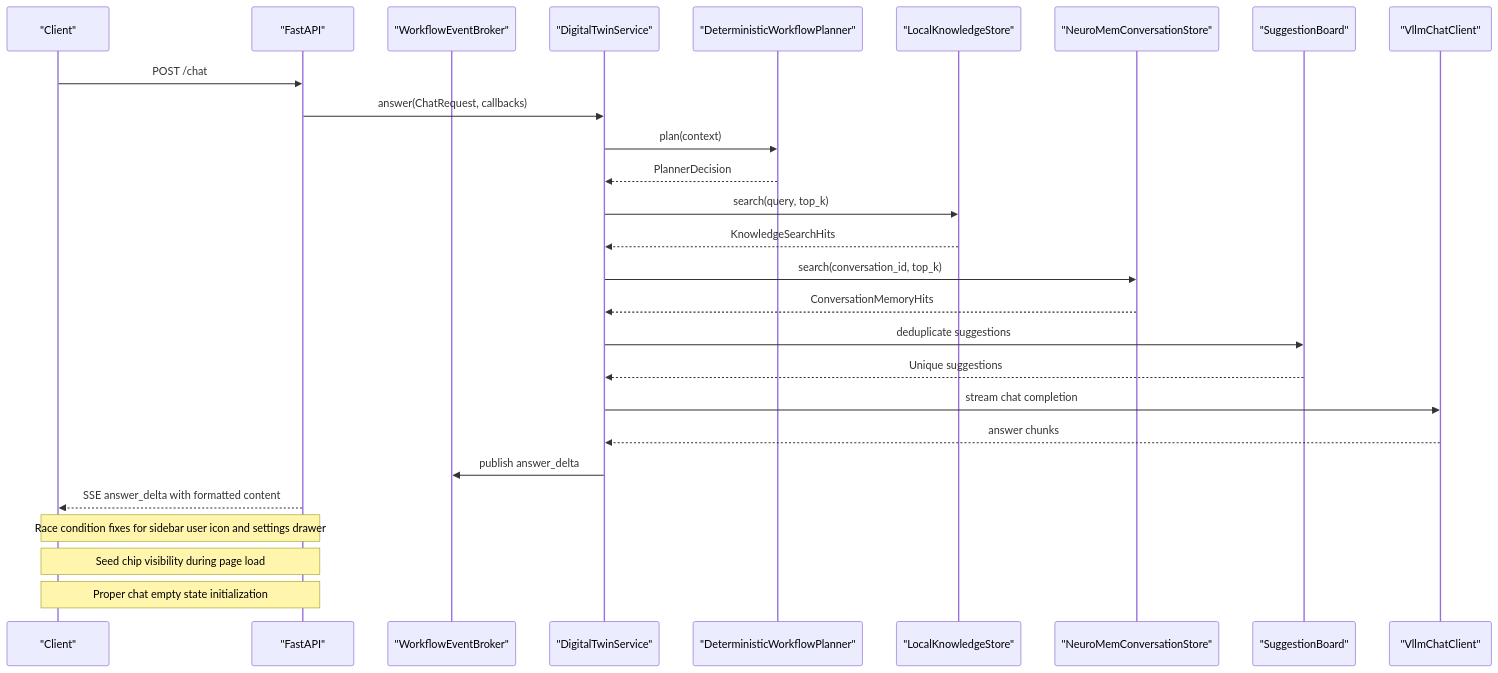
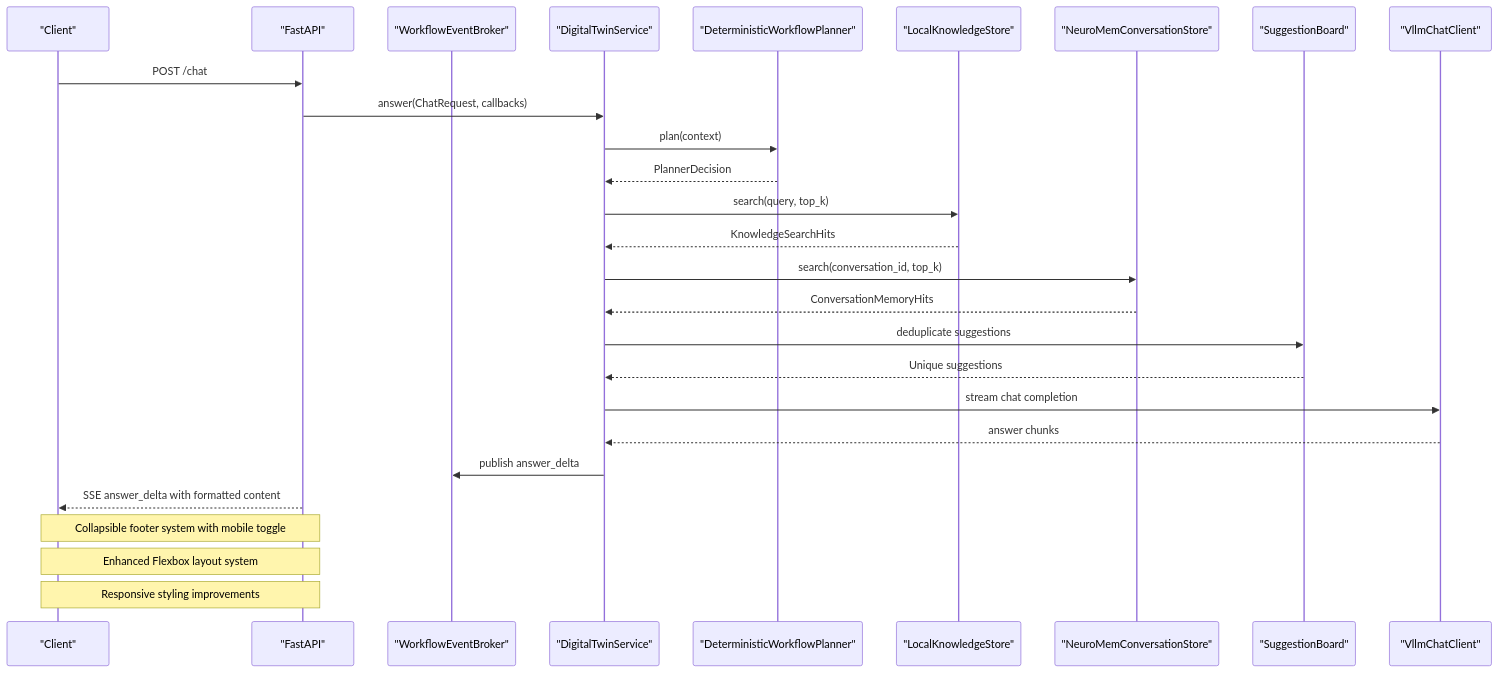
One commit to intellistream/sage-mate changed the second of 10 diagrams in .qoder/repowiki/en/content/Core Components/Core Components.md. Above: the diagram before and after it, drawn with Mermaid. The commit also changed other lines of this file and 34 other files, not shown here.

First line of the commit message:
refactor(ui): remove redundant settings gear from sidebar

````diff
--- a/.qoder/repowiki/en/content/Core Components/Core Components.md
+++ b/.qoder/repowiki/en/content/Core Components/Core Components.md
@@ -197,29 +206,29 @@
 ```mermaid
 sequenceDiagram
 participant Client as "Client"
 participant API as "FastAPI"
 participant Broker as "WorkflowEventBroker"
 participant Svc as "DigitalTwinService"
 participant Planner as "DeterministicWorkflowPlanner"
 participant KB as "LocalKnowledgeStore"
 participant Mem as "NeuroMemConversationStore"
 participant Suggestions as "SuggestionBoard"
 participant LLM as "VllmChatClient"
 Client->>API : POST /chat
 API->>Svc : answer(ChatRequest, callbacks)
 Svc->>Planner : plan(context)
 Planner-->>Svc : PlannerDecision
 Svc->>KB : search(query, top_k)
 KB-->>Svc : KnowledgeSearchHits
 Svc->>Mem : search(conversation_id, top_k)
 Mem-->>Svc : ConversationMemoryHits
 Svc->>Suggestions : deduplicate suggestions
 Suggestions-->>Svc : Unique suggestions
 Svc->>LLM : stream chat completion
 LLM-->>Svc : answer chunks
 Svc->>Broker : publish answer_delta
 API-->>Client : SSE answer_delta with formatted content
-Note over Client,API : Race condition fixes for sidebar user icon and settings drawer
-Note over Client,API : Seed chip visibility during page load
-Note over Client,API : Proper chat empty state initialization
+Note over Client,API : Collapsible footer system with mobile toggle
+Note over Client,API : Enhanced Flexbox layout system
+Note over Client,API : Responsive styling improvements
 ```
````
